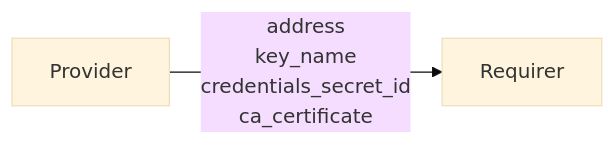
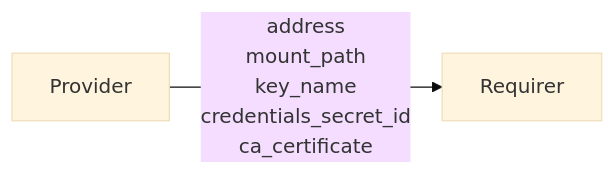
One commit to canonical/charm-relation-interfaces changed the diagram in interfaces/vault_autounseal/v0/README.md. Above: the diagram before and after it, drawn with Mermaid (base theme). The commit also changed other lines of this file and 2 other files, not shown here.

Commit message:
Add mount_path to the databag

````diff
--- a/interfaces/vault_autounseal/v0/README.md
+++ b/interfaces/vault_autounseal/v0/README.md
@@ -9,10 +9,11 @@
 ```mermaid
 flowchart LR
   Provider --
     address
+    mount_path
     key_name
     credentials_secret_id
     ca_certificate
     --> Requirer
   Requirer
 ```
````
